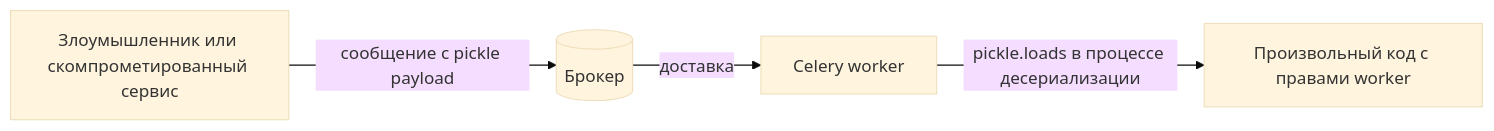
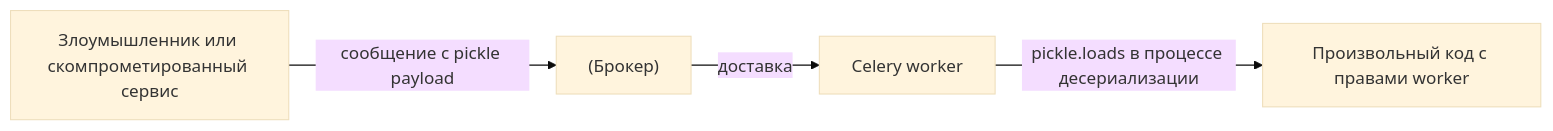
One commit to DDoSKudya/ai-study-atlas changed the second of 3 diagrams in directions/services/celery/pact/17_bezopasnost_celery/11_17_17_2_serializatsiya_i_doverie_k_soobshcheniyam.md. Above: the diagram before and after it, drawn with Mermaid (base theme). The commit also changed other lines of this file and 322 other files, not shown here.

Commit message:
fix(docs): make mermaid diagrams GitHub-compatible across directions content

````diff
--- a/directions/services/celery/pact/17_bezopasnost_celery/11_17_17_2_serializatsiya_i_doverie_k_soobshcheniyam.md
+++ b/directions/services/celery/pact/17_bezopasnost_celery/11_17_17_2_serializatsiya_i_doverie_k_soobshcheniyam.md
@@ -216,10 +216,10 @@
 ```mermaid
 flowchart LR
-  Z[Злоумышленник или скомпрометированный сервис]
-  BR[(Брокер)]
-  W[Celery worker]
-  RCE[Произвольный код с правами worker]
+  Z["Злоумышленник или скомпрометированный сервис"]
+  BR["(Брокер)"]
+  W["Celery worker"]
+  RCE["Произвольный код с правами worker"]
   Z -->|сообщение с pickle payload| BR
   BR -->|доставка| W
   W -->|pickle.loads в процессе десериализации| RCE
 ```
````
